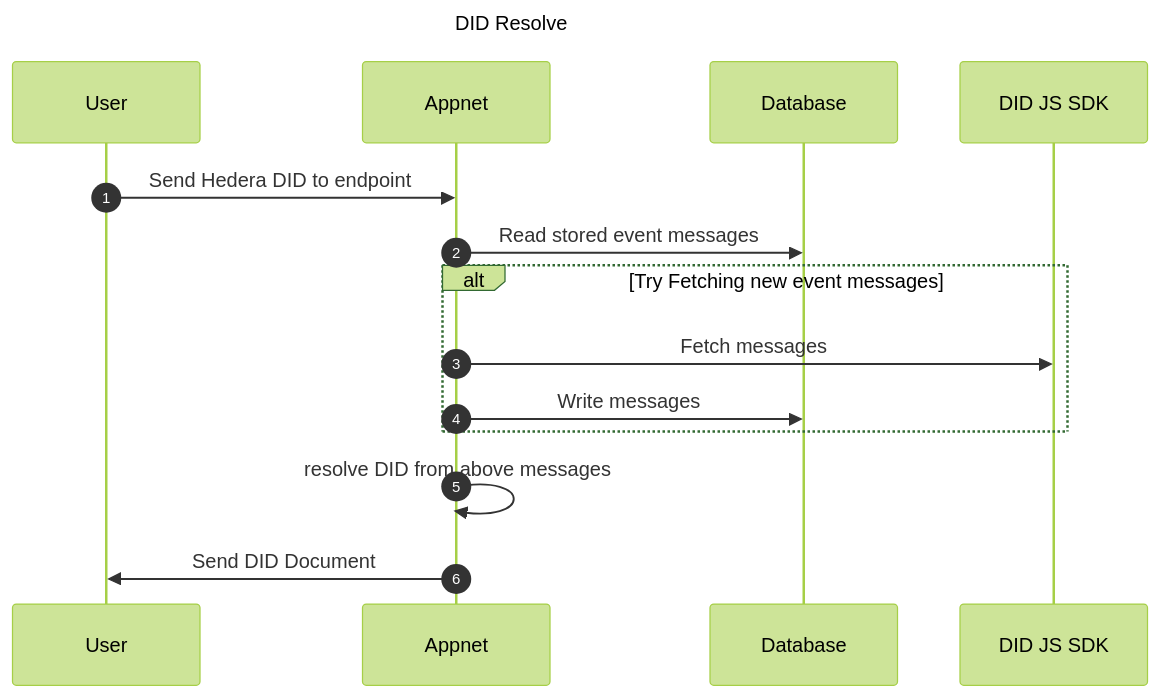
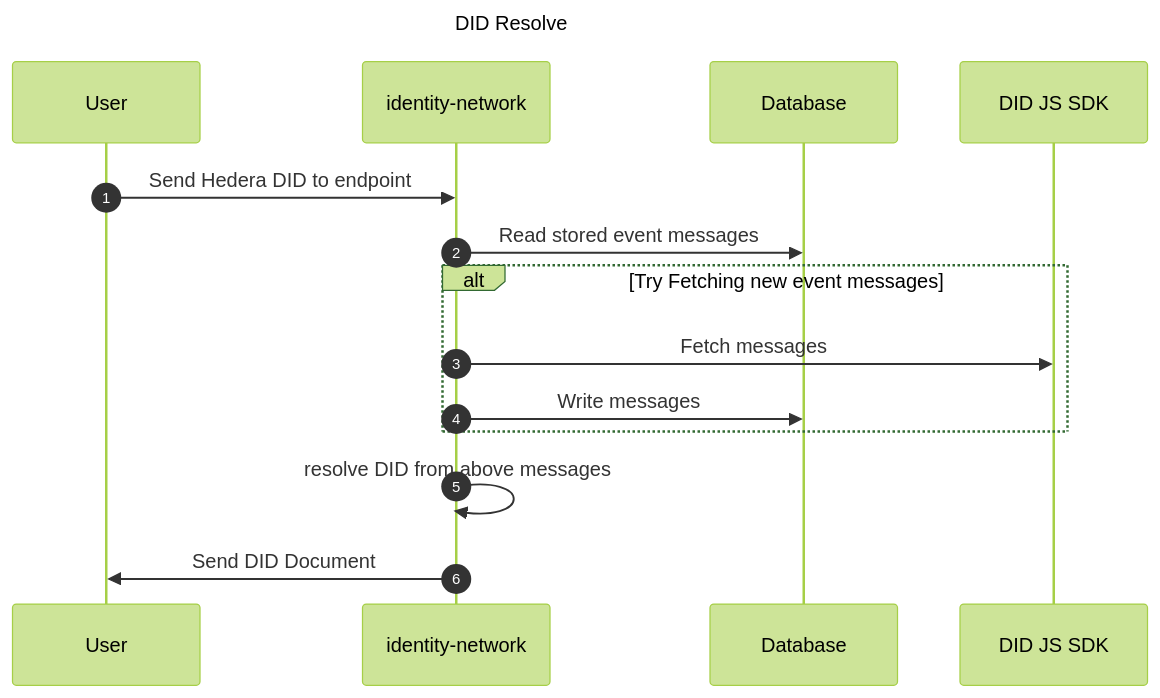
The diagram in documentation/diagrams/did-resolve.mmd (Meeco/hedera-did-identity-network), drawn with Mermaid (forest theme) before and after one commit. The commit also changed 21 other files, not shown here.

Commit message:
replace appnet refreces with identity-network

```diff
--- a/documentation/diagrams/did-resolve.mmd
+++ b/documentation/diagrams/did-resolve.mmd
@@ -1,18 +1,18 @@
 sequenceDiagram
 Title: DID Resolve
 
   autonumber
   participant user as User
-  participant App as Appnet 
+  participant App as identity-network 
   participant DB as Database
   participant SDK as DID JS SDK
 
 
 user ->> App: Send Hedera DID to endpoint
 App ->> DB: Read stored event messages
 alt Try Fetching new event messages 
 App ->> SDK: Fetch messages 
 App ->> DB: Write messages 
 end
 App ->> App: resolve DID from above messages
 App ->> user: Send DID Document
```
